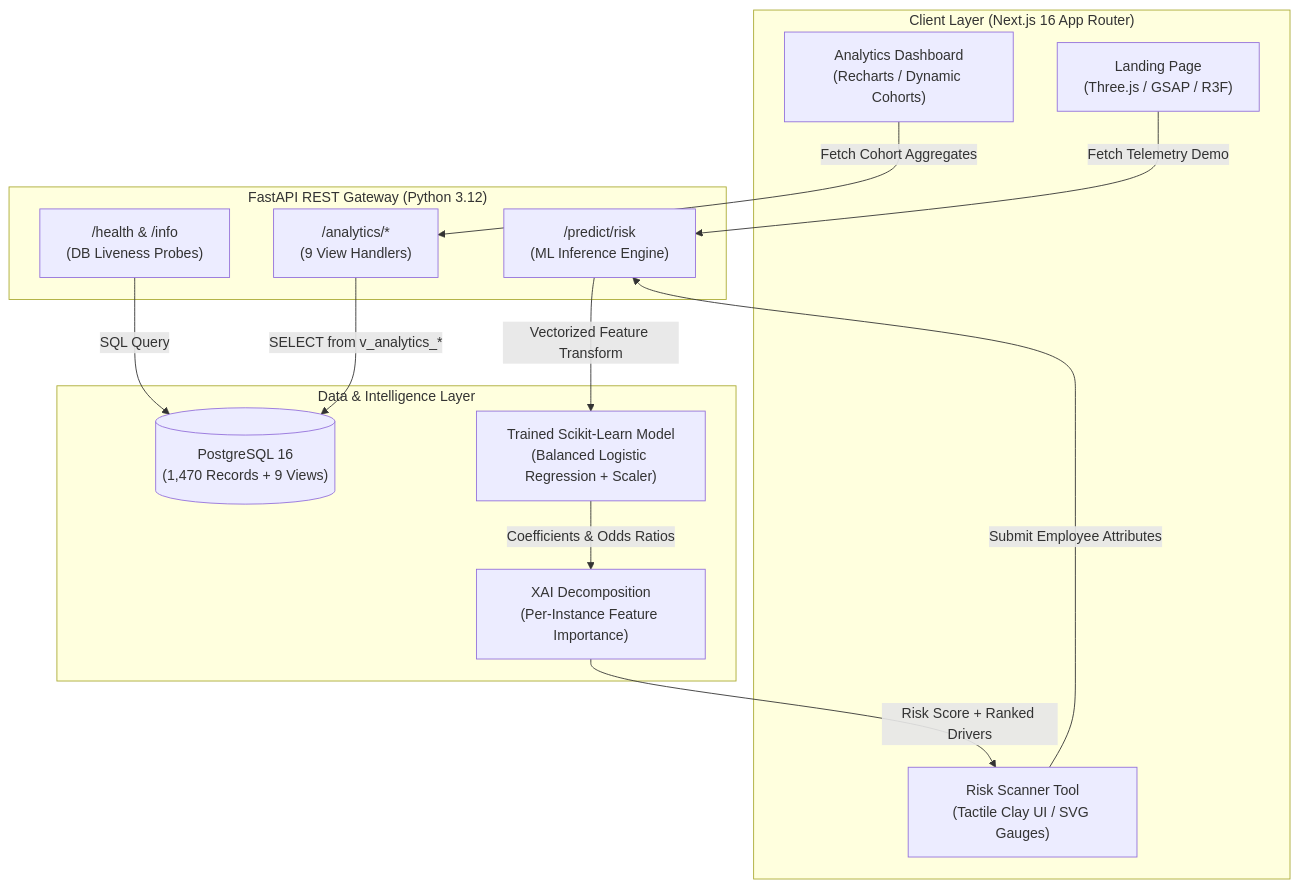
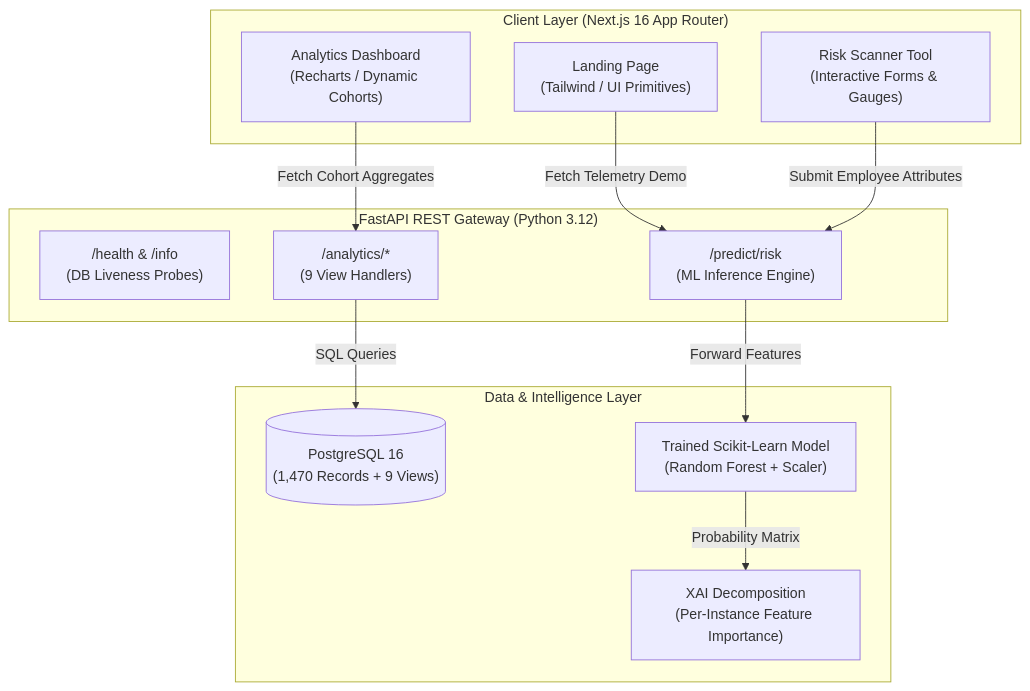
One commit to adarshthakur9240/attrition-iq changed the first of 3 diagrams in README.md. Above: the diagram before and after it, drawn with Mermaid. The commit also changed other lines of this file, not shown here.

````diff
--- a/README.md
+++ b/README.md
@@ -53,30 +53,28 @@
 ```mermaid
 flowchart TD
     subgraph ClientLayer ["Client Layer (Next.js 16 App Router)"]
-        UI_Home["Landing Page\n(Three.js / GSAP / R3F)"]
-        UI_Dash["Analytics Dashboard\n(Recharts / Dynamic Cohorts)"]
-        UI_Predict["Risk Scanner Tool\n(Tactile Clay UI / SVG Gauges)"]
+        UI_Home["Landing Page<br/>(Tailwind / UI Primitives)"]
+        UI_Dash["Analytics Dashboard<br/>(Recharts / Dynamic Cohorts)"]
+        UI_Predict["Risk Scanner Tool<br/>(Interactive Forms & Gauges)"]
     end
 
     subgraph APILayer ["FastAPI REST Gateway (Python 3.12)"]
-        Router_Health["/health & /info\n(DB Liveness Probes)"]
-        Router_Analytics["/analytics/*\n(9 View Handlers)"]
-        Router_Predict["/predict/risk\n(ML Inference Engine)"]
+        Router_Health["/health & /info<br/>(DB Liveness Probes)"]
+        Router_Analytics["/analytics/*<br/>(9 View Handlers)"]
+        Router_Predict["/predict/risk<br/>(ML Inference Engine)"]
     end
 
     subgraph DataML ["Data & Intelligence Layer"]
-        PG_DB[("PostgreSQL 16\n(1,470 Records + 9 Views)")]
-        SK_Model["Trained Scikit-Learn Model\n(Balanced Logistic Regression + Scaler)"]
-        XAI_Engine["XAI Decomposition\n(Per-Instance Feature Importance)"]
+        PG_DB[("PostgreSQL 16<br/>(1,470 Records + 9 Views)")]
+        SK_Model["Trained Scikit-Learn Model<br/>(Random Forest + Scaler)"]
+        XAI_Engine["XAI Decomposition<br/>(Per-Instance Feature Importance)"]
     end
 
     UI_Home -->|Fetch Telemetry Demo| Router_Predict
     UI_Dash -->|Fetch Cohort Aggregates| Router_Analytics
     UI_Predict -->|Submit Employee Attributes| Router_Predict
-
-    Router_Health -->|SQL Query| PG_DB
-    Router_Analytics -->|SELECT from v_analytics_*| PG_DB
-    Router_Predict -->|Vectorized Feature Transform| SK_Model
-    SK_Model -->|Coefficients & Odds Ratios| XAI_Engine
-    XAI_Engine -->|Risk Score + Ranked Drivers| UI_Predict
+    
+    Router_Analytics -->|SQL Queries| PG_DB
+    Router_Predict -->|Forward Features| SK_Model
+    SK_Model -->|Probability Matrix| XAI_Engine
 ```
````
